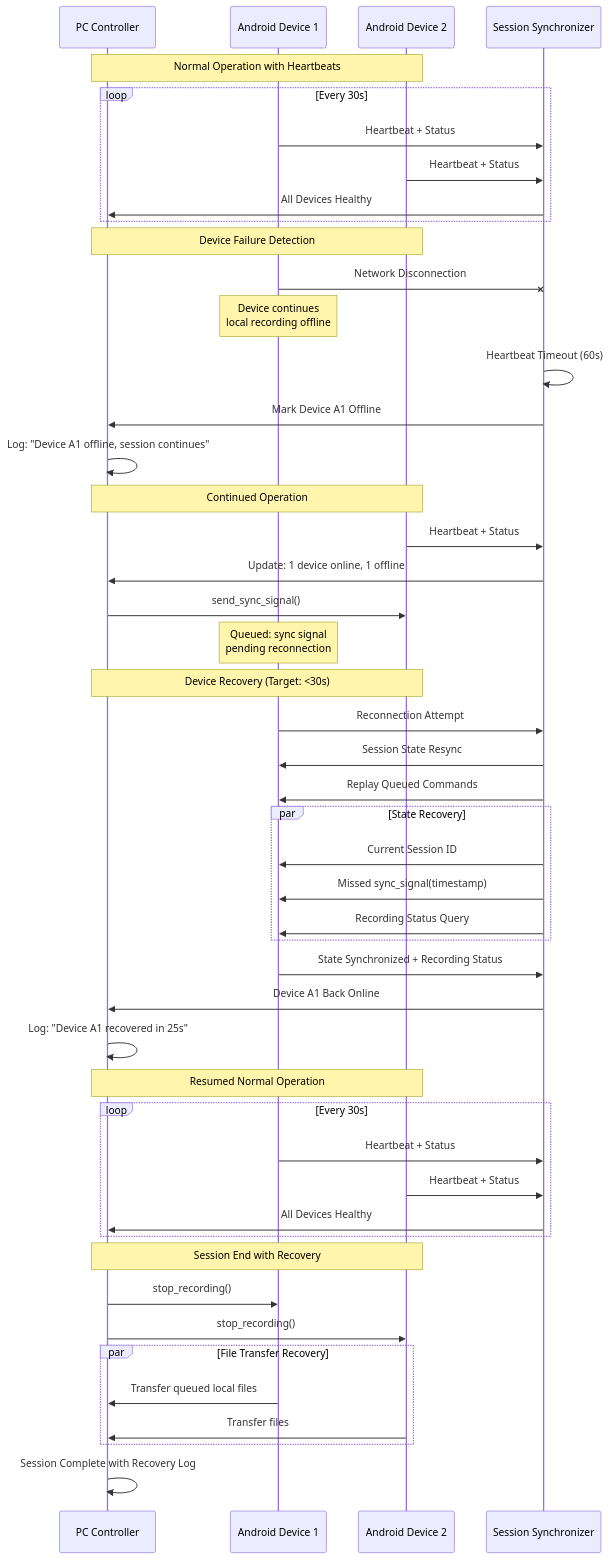
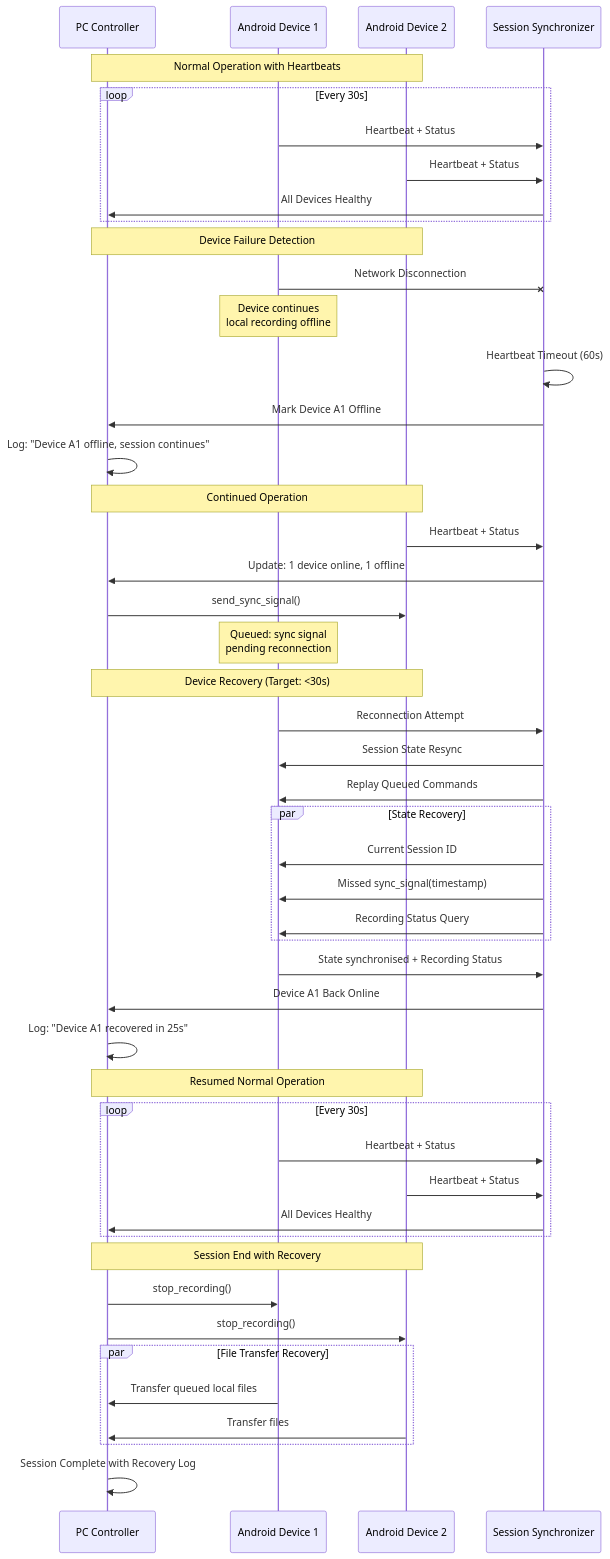
One commit to buccancs/fyp-multi-sensor-recording-system changed the fifth of 19 diagrams in docs/diagrams/chapter3_diagrams.md. Above: the diagram before and after it, drawn with Mermaid. The commit also changed other lines of this file and 18 other files, not shown here.

````diff
--- a/docs/diagrams/chapter3_diagrams.md
+++ b/docs/diagrams/chapter3_diagrams.md
@@ -219,61 +219,61 @@
 ```mermaid
 sequenceDiagram
     participant PC as PC Controller
     participant A1 as Android Device 1
     participant A2 as Android Device 2  
     participant SS as Session Synchronizer
 
     Note over PC,A2: Normal Operation with Heartbeats
     loop Every 30s
         A1->>SS: Heartbeat + Status
         A2->>SS: Heartbeat + Status
         SS->>PC: All Devices Healthy
     end
     
     Note over PC,A2: Device Failure Detection
     A1-xSS: Network Disconnection
     Note over A1: Device continues<br/>local recording offline
     
     SS->>SS: Heartbeat Timeout (60s)
     SS->>PC: Mark Device A1 Offline
     PC->>PC: Log: "Device A1 offline, session continues"
     
     Note over PC,A2: Continued Operation
     A2->>SS: Heartbeat + Status
     SS->>PC: Update: 1 device online, 1 offline
     PC->>A2: send_sync_signal()
     Note over A1: Queued: sync signal<br/>pending reconnection
     
     Note over PC,A2: Device Recovery (Target: <30s)
     A1->>SS: Reconnection Attempt
     SS->>A1: Session State Resync
     SS->>A1: Replay Queued Commands
     
     par State Recovery
         SS->>A1: Current Session ID
         SS->>A1: Missed sync_signal(timestamp)
         SS->>A1: Recording Status Query
     end
     
-    A1->>SS: State Synchronized + Recording Status
+    A1->>SS: State synchronised + Recording Status
     SS->>PC: Device A1 Back Online
     PC->>PC: Log: "Device A1 recovered in 25s"
     
     Note over PC,A2: Resumed Normal Operation
     loop Every 30s
         A1->>SS: Heartbeat + Status
         A2->>SS: Heartbeat + Status
         SS->>PC: All Devices Healthy
     end
     
     Note over PC,A2: Session End with Recovery
     PC->>A1: stop_recording()
     PC->>A2: stop_recording()
     
     par File Transfer Recovery
         A1->>PC: Transfer queued local files
         A2->>PC: Transfer files
     end
     
     PC->>PC: Session Complete with Recovery Log
 ```
````
